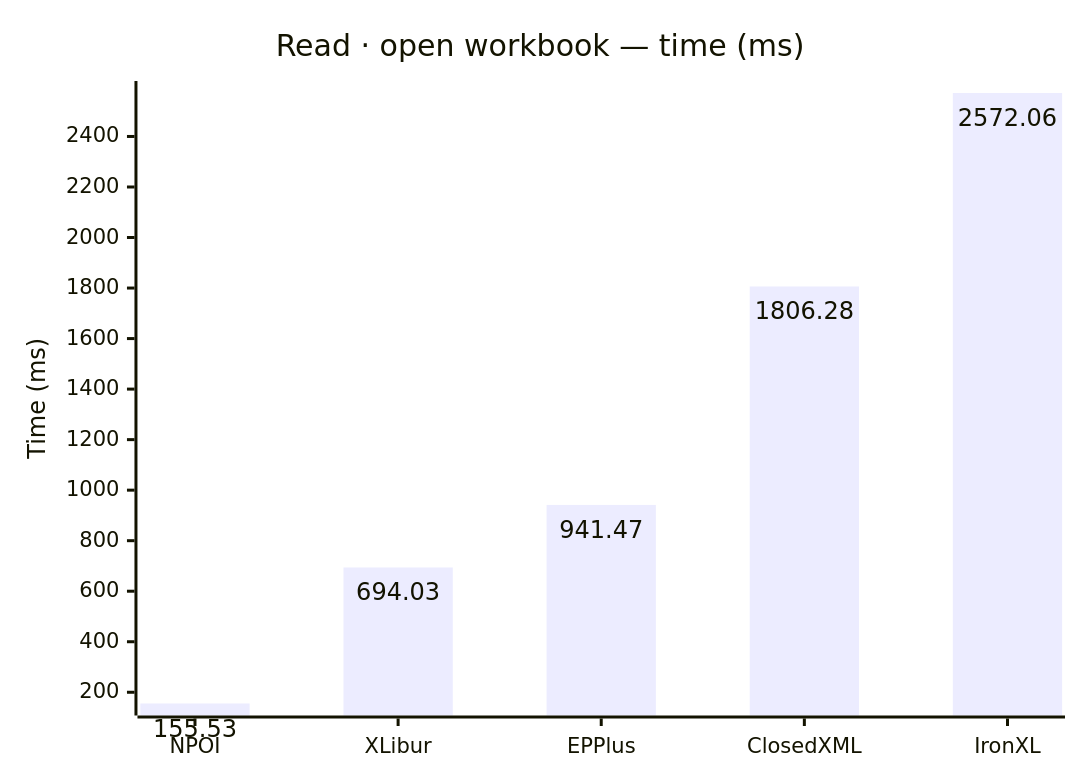
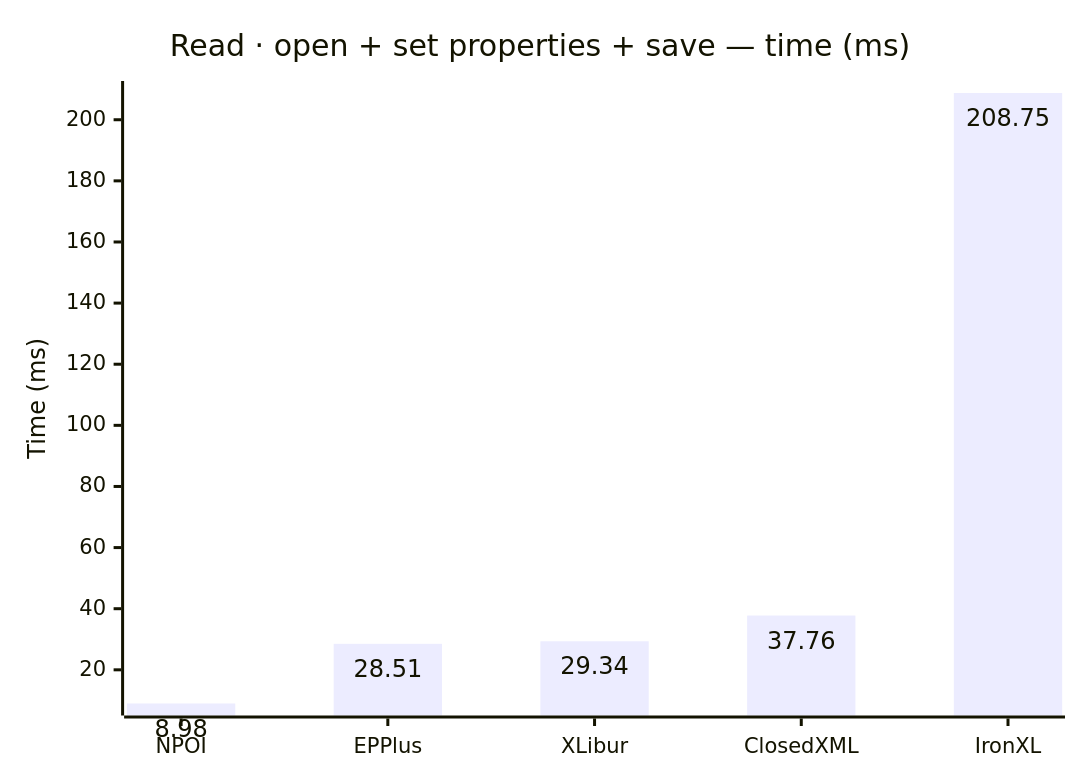
One commit to jafin/XLBench changed the first of 12 diagrams in docs/results.md. Above: the diagram before and after it, drawn with Mermaid. The commit also changed other lines of this file and 2 other files, not shown here.

````diff
--- a/docs/results.md
+++ b/docs/results.md
@@ -35,12 +35,12 @@
 ```mermaid
 ---
 config:
   xyChart:
     showDataLabel: true
 ---
 xychart-beta
-    title "Read · open workbook — time (ms)"
-    x-axis ["NPOI", "XLibur", "EPPlus", "ClosedXML", "IronXL"]
+    title "Read · open + set properties + save — time (ms)"
+    x-axis ["NPOI", "EPPlus", "XLibur", "ClosedXML", "IronXL"]
     y-axis "Time (ms)"
-    bar [155.53, 694.03, 941.47, 1806.28, 2572.06]
+    bar [8.98, 28.51, 29.34, 37.76, 208.75]
 ```
````
